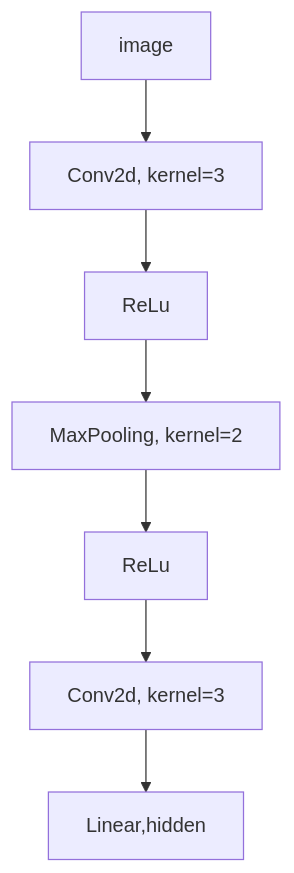
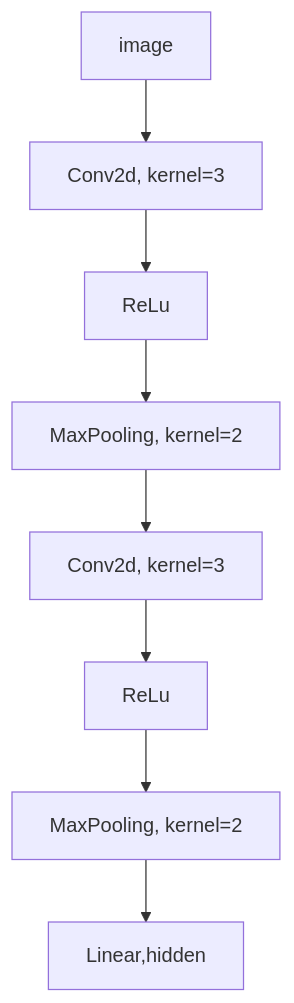
The diagram in readme.md (AusevEgor/test_task_cifar10), drawn with Mermaid before and after one commit.

Commit message:
change graph readme.md

````diff
--- a/readme.md
+++ b/readme.md
@@ -17,10 +17,11 @@
 ```mermaid
 graph TD
     A[image] --> B
     B[Conv2d, kernel=3] --> C1;
     C1[ReLu] --> C;
     C[MaxPooling, kernel=2] --> D1;
-    D1[ReLu] --> D;
-    D[Conv2d, kernel=3] --> F[Linear,hidden];
+    D1[Conv2d, kernel=3] --> D2;
+    D2[ReLu] --> D;
+    D[MaxPooling, kernel=2] --> F[Linear,hidden];
     
 ```
````
